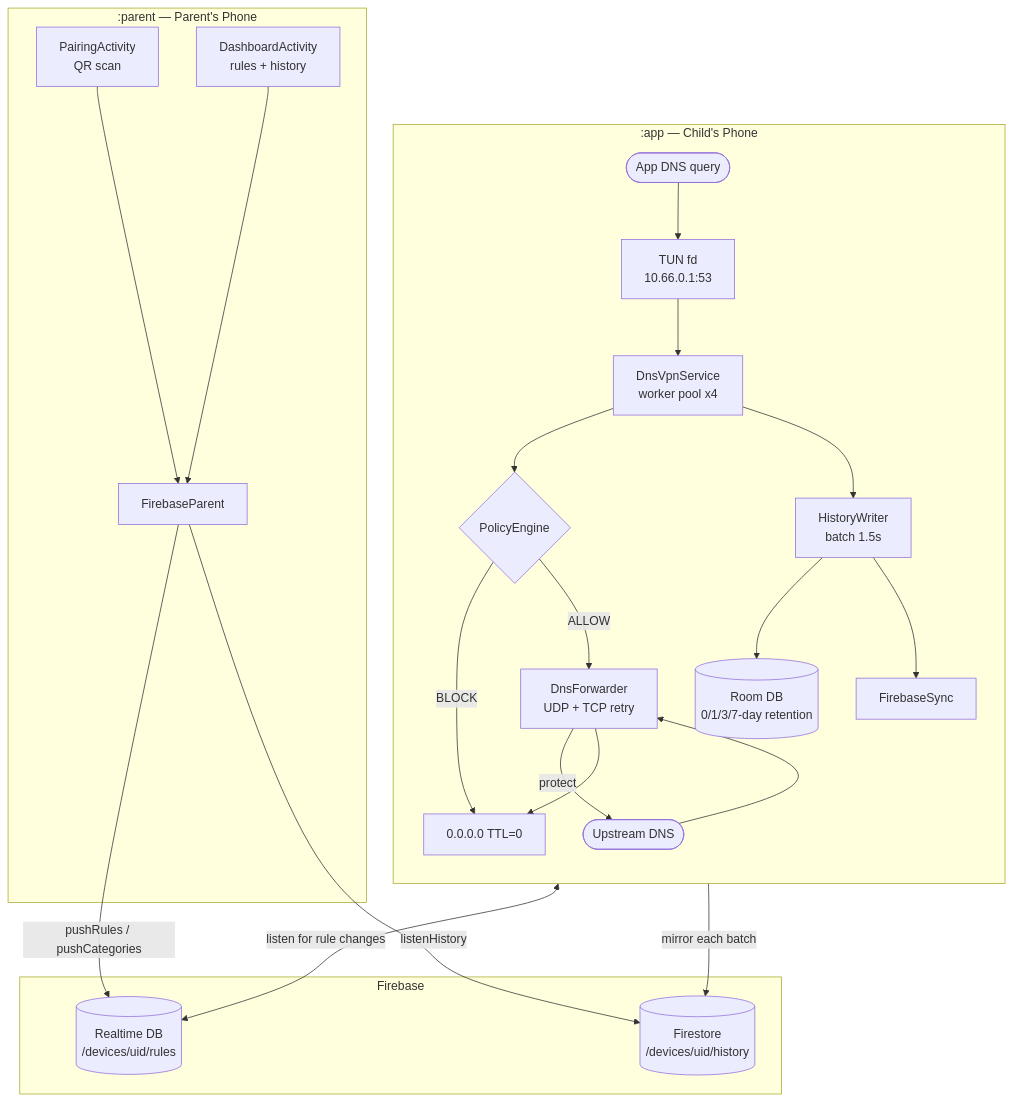
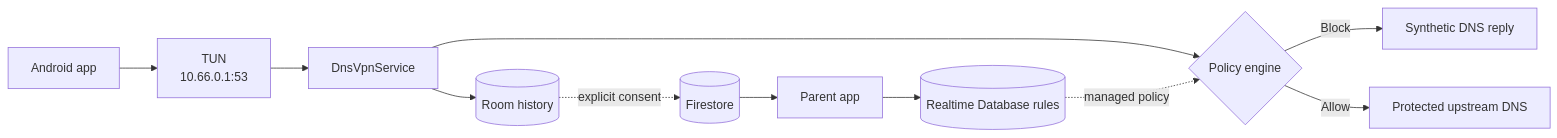
Before and after one commit to STARFALL088/Tracewall: the diagram in README.md, drawn with Mermaid. The commit also changed other lines of this file, not shown here.

````diff
--- a/README.md
+++ b/README.md
@@ -123,34 +70,13 @@
 ```mermaid
-graph TB
-    subgraph child [":app  —  Child's Phone"]
-        direction TB
-        A([App DNS query]) --> TUN[TUN fd\n10.66.0.1:53]
-        TUN --> VPN[DnsVpnService\nworker pool x4]
-        VPN --> PE{PolicyEngine}
-        PE -->|BLOCK| SINK[0.0.0.0  TTL=0]
-        PE -->|ALLOW| FWD[DnsForwarder\nUDP + TCP retry]
-        FWD -->|protect| REAL([Upstream DNS])
-        REAL --> FWD --> SINK
-        VPN --> HW[HistoryWriter\nbatch 1.5s]
-        HW --> ROOM[(Room DB\n0/1/3/7-day retention)]
-        HW --> FSYNC[FirebaseSync]
-    end
-
-    subgraph fb [Firebase]
-        RTDB[(Realtime DB\n/devices/uid/rules)]
-        FST[(Firestore\n/devices/uid/history)]
-    end
-
-    subgraph parent [":parent  —  Parent's Phone"]
-        FP[FirebaseParent]
-        PAIR[PairingActivity\nQR scan]
-        DASH[DashboardActivity\nrules + history]
-        PAIR --> FP
-        DASH --> FP
-    end
-
-    FSYNC -->|mirror each batch| FST
-    FSYNC <-->|listen for rule changes| RTDB
-    FP -->|pushRules / pushCategories| RTDB
-    FP -->|listenHistory| FST
+flowchart LR
+    APP[Android app] --> TUN[TUN\n10.66.0.1:53]
+    TUN --> VPN[DnsVpnService]
+    VPN --> POLICY{Policy engine}
+    POLICY -->|Block| REPLY[Synthetic DNS reply]
+    POLICY -->|Allow| DNS[Protected upstream DNS]
+    VPN --> ROOM[(Room history)]
+    ROOM -. explicit consent .-> FS[(Firestore)]
+    FS --> PARENT[Parent app]
+    PARENT --> RTDB[(Realtime Database rules)]
+    RTDB -. managed policy .-> POLICY
 ```
````
